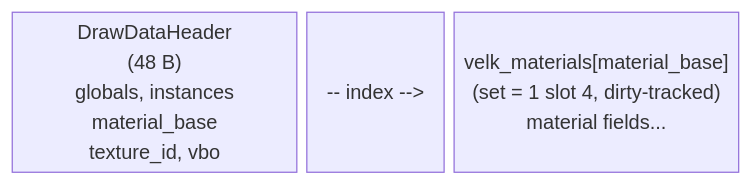
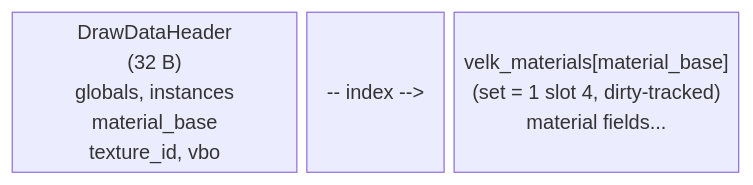
Before and after one commit to ljaaskela/velk-platform: the third of 4 diagrams in docs/render/render-backend.md, drawn with Mermaid. The commit also changed other lines of this file and 14 other files, not shown here.

````diff
--- a/docs/render/render-backend.md
+++ b/docs/render/render-backend.md
@@ -422,5 +443,5 @@
 ```mermaid
 block-beta
     columns 5
-    A["DrawDataHeader<br/>(48 B)<br/>globals, instances<br/>material_base<br/>texture_id, vbo"]:2 B["-- index -->"]:1 C["velk_materials[material_base]<br/>(set = 1 slot 4, dirty-tracked)<br/>material fields..."]:2
+    A["DrawDataHeader<br/>(32 B)<br/>globals, instances<br/>material_base<br/>texture_id, vbo"]:2 B["-- index -->"]:1 C["velk_materials[material_base]<br/>(set = 1 slot 4, dirty-tracked)<br/>material fields..."]:2
 ```
````
